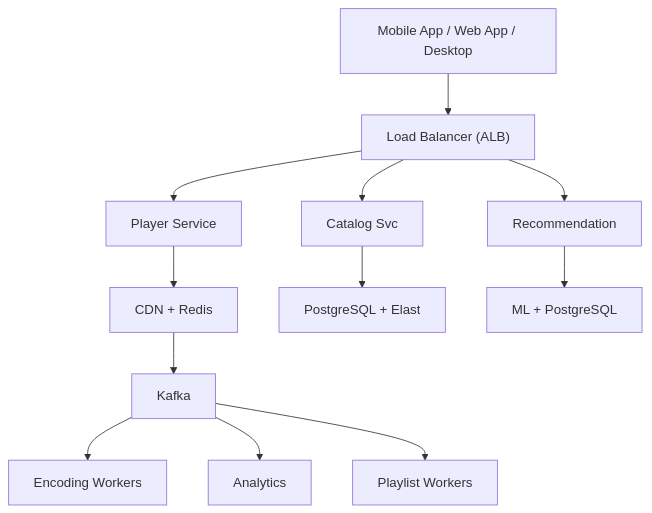
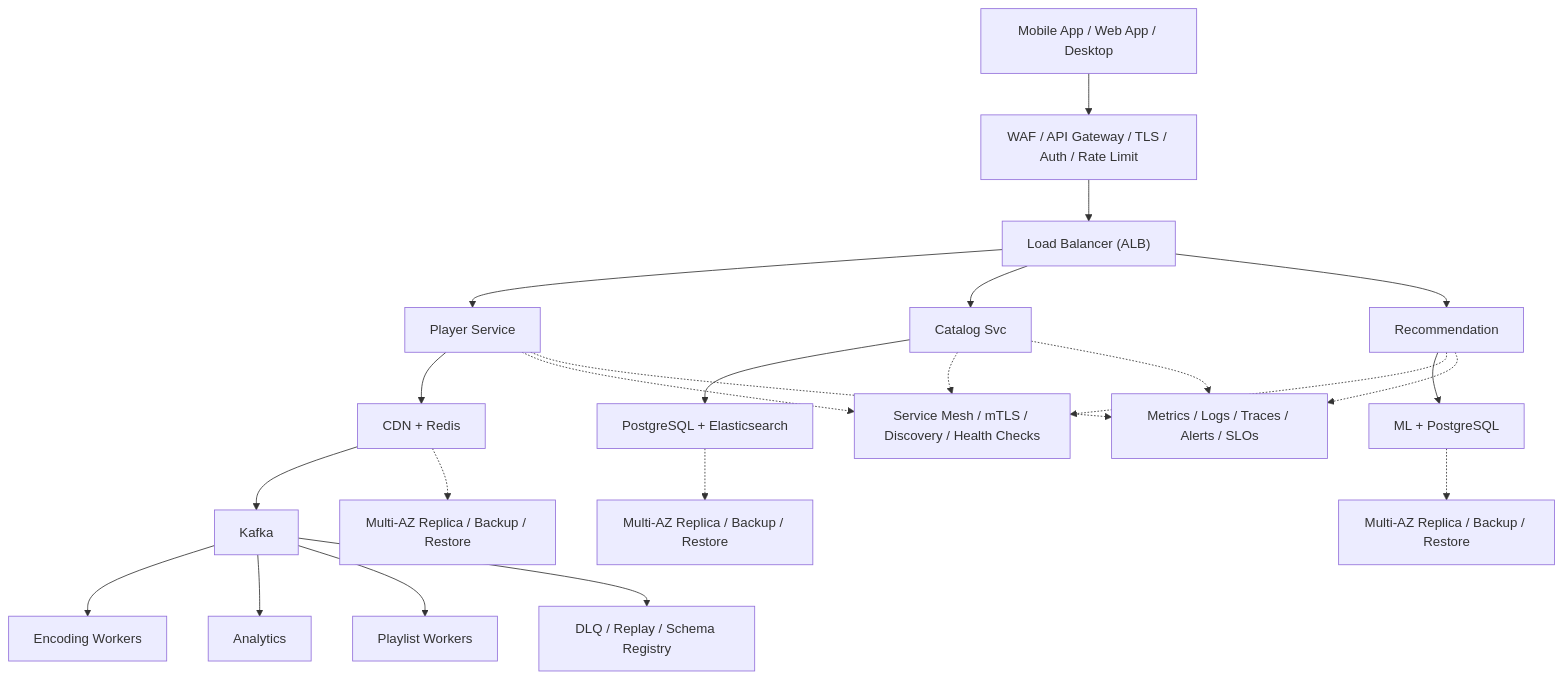
Before and after one commit to aishwary11/system-design: the diagram in system-design-spotify.md, drawn with Mermaid. The commit also changed 31 other files, not shown here.

Commit message:
Add production-grade architecture details

````diff
--- a/system-design-spotify.md
+++ b/system-design-spotify.md
@@ -42,14 +42,25 @@
 ```mermaid
 flowchart TB
-    clients["Mobile App / Web App / Desktop"] --> lb["Load Balancer (ALB)"]
+    clients["Mobile App / Web App / Desktop"] --> edge["WAF / API Gateway / TLS / Auth / Rate Limit"]
+    edge --> lb["Load Balancer (ALB)"]
     lb --> svc0["Player Service"]
     lb --> svc1["Catalog Svc"]
     lb --> svc2["Recommendation"]
     svc0 --> store0["CDN + Redis"]
-    svc1 --> store1["PostgreSQL + Elast"]
+    svc1 --> store1["PostgreSQL + Elasticsearch"]
     svc2 --> store2["ML + PostgreSQL"]
     store0 --> stream["Kafka"]
     stream --> worker0["Encoding Workers"]
     stream --> worker1["Analytics"]
     stream --> worker2["Playlist Workers"]
+    svc0 -.-> platform["Service Mesh / mTLS / Discovery / Health Checks"]
+    svc1 -.-> platform
+    svc2 -.-> platform
+    store0 -.-> backup0["Multi-AZ Replica / Backup / Restore"]
+    store1 -.-> backup1["Multi-AZ Replica / Backup / Restore"]
+    store2 -.-> backup2["Multi-AZ Replica / Backup / Restore"]
+    stream --> dlq["DLQ / Replay / Schema Registry"]
+    svc0 -.-> ops["Metrics / Logs / Traces / Alerts / SLOs"]
+    svc1 -.-> ops
+    svc2 -.-> ops
 ```
````
